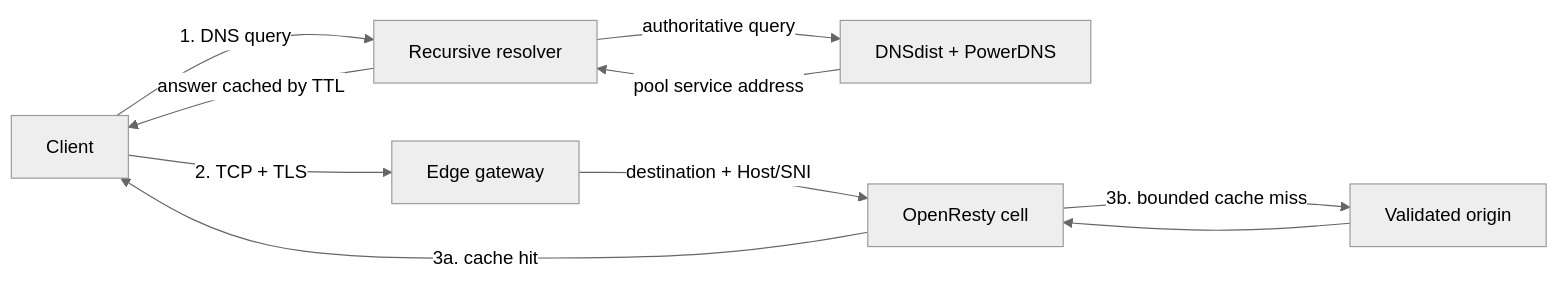
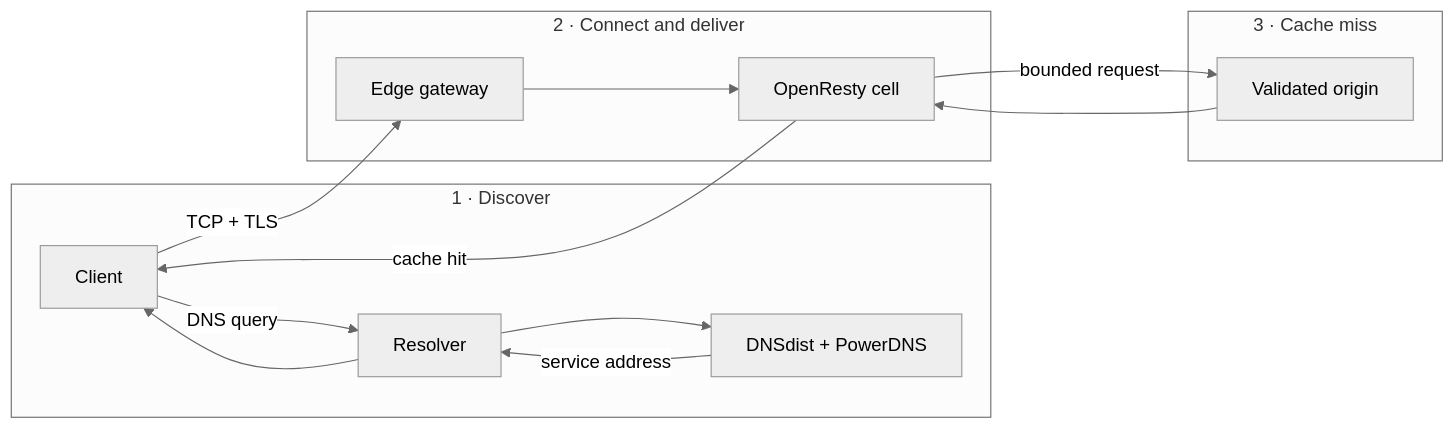
The diagram in docs/concepts/cdn-fundamentals.md (vaheed/CDNFoundry), drawn with Mermaid (neutral theme) before and after one commit. The commit also changed 24 other files, not shown here.

````diff
--- a/docs/concepts/cdn-fundamentals.md
+++ b/docs/concepts/cdn-fundamentals.md
@@ -39,12 +39,16 @@
 ```mermaid
 flowchart LR
-    Client["Client"] -->|"1. DNS query"| Resolver["Recursive resolver"]
-    Resolver -->|"authoritative query"| DNS["DNSdist + PowerDNS"]
-    DNS -->|"pool service address"| Resolver
-    Resolver -->|"answer cached by TTL"| Client
-    Client -->|"2. TCP + TLS"| Gateway["Edge gateway"]
-    Gateway -->|"destination + Host/SNI"| Cell["OpenResty cell"]
-    Cell -->|"3a. cache hit"| Client
-    Cell -->|"3b. bounded cache miss"| Origin["Validated origin"]
-    Origin --> Cell
+    subgraph Discover["1 · Discover"]
+      Client["Client"] -->|"DNS query"| Resolver["Resolver"]
+      Resolver --> DNS["DNSdist + PowerDNS"]
+      DNS -->|"service address"| Resolver
+    end
+    subgraph Deliver["2 · Connect and deliver"]
+      Resolver --> Client
+      Client -->|"TCP + TLS"| Gateway["Edge gateway"] --> Cell["OpenResty cell"]
+      Cell -->|"cache hit"| Client
+    end
+    subgraph Fetch["3 · Cache miss"]
+      Cell -->|"bounded request"| Origin["Validated origin"] --> Cell
+    end
 ```
````
